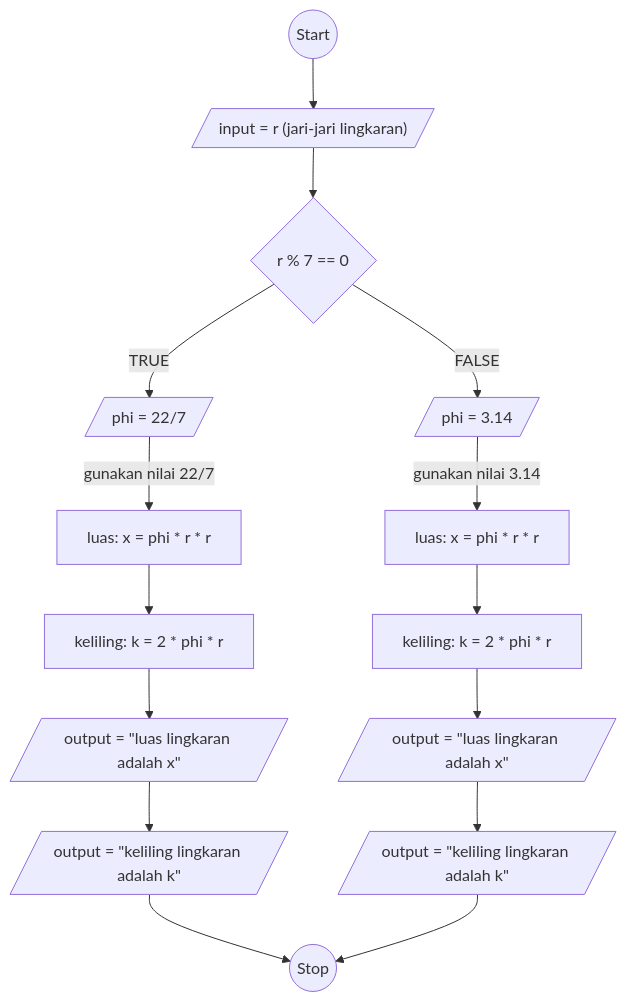
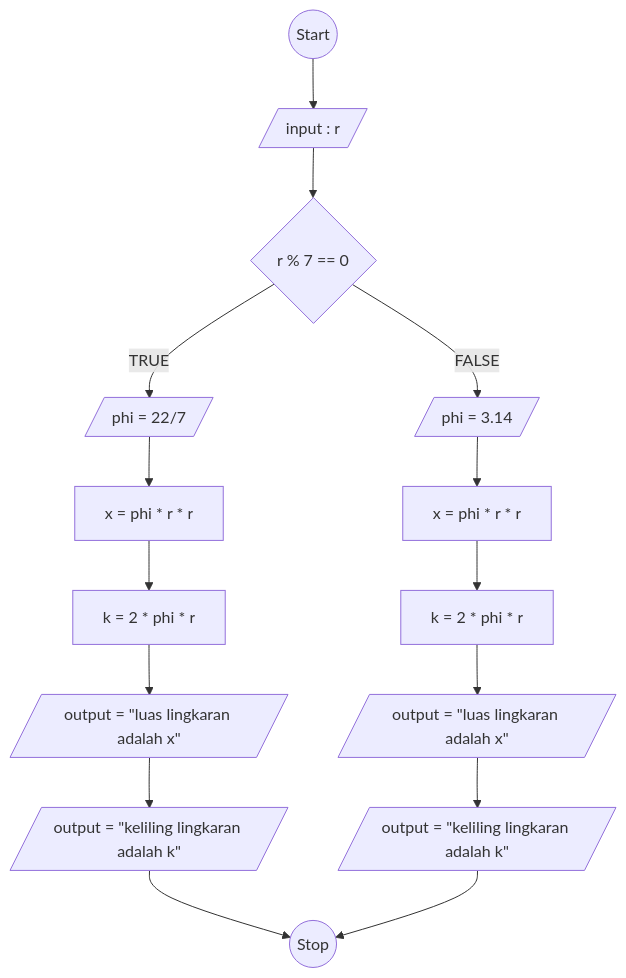
Before and after one commit to makarim22/koda-b6-algoritma: the diagram in flowchart-luas-dan-keliling-lingkaran.md, drawn with Mermaid. The commit also changed other lines of this file, not shown here.

````diff
--- a/flowchart-luas-dan-keliling-lingkaran.md
+++ b/flowchart-luas-dan-keliling-lingkaran.md
@@ -1,29 +1,29 @@
 ```mermaid
 flowchart TD
  A@{ shape: circle, label: "Start" } --> B
 
- B@{ shape: lean-r, label: "input = r (jari-jari lingkaran)"} --> C
+ B@{ shape: lean-r, label: "input : r "} --> C
 
  C@{ shape: diamond, label: "r % 7 == 0"}
 
  C -- TRUE --> E
 
  C -- FALSE --> F
 
- E@{ shape: lean-r, label: "phi = 22/7"} --> |gunakan nilai 22/7| G 
- F@{ shape: lean-r, label: "phi = 3.14"} --> |gunakan nilai 3.14| H
+ E@{ shape: lean-r, label: "phi = 22/7"} --> G 
+ F@{ shape: lean-r, label: "phi = 3.14"} --> H
 
- G@{ shape: rect, label: "luas: x = phi * r * r"} --> A1
- H@{ shape: rect, label: "luas: x = phi * r * r"} --> B1
+ G@{ shape: rect, label: "x = phi * r * r"} --> A1
+ H@{ shape: rect, label: "x = phi * r * r"} --> B1
 
- A1@{ shape: rect, label: "keliling: k = 2 * phi * r"} --> L
- B1@{ shape: rect, label: "keliling: k = 2 * phi * r"} --> M
+ A1@{ shape: rect, label: "k = 2 * phi * r"} --> L
+ B1@{ shape: rect, label: "k = 2 * phi * r"} --> M
 
  L@{ shape: lean-r, label: output = "luas lingkaran adalah x"} --> O
  M@{ shape: lean-r, label: output = "luas lingkaran adalah x"} --> P
 
  O@{ shape: lean-r, label: output = "keliling lingkaran adalah k"} --> Z
  P@{ shape: lean-r, label: output = "keliling lingkaran adalah k"} --> Z
 
  Z@{ shape: circle, label: "Stop" } 
 ```
````
